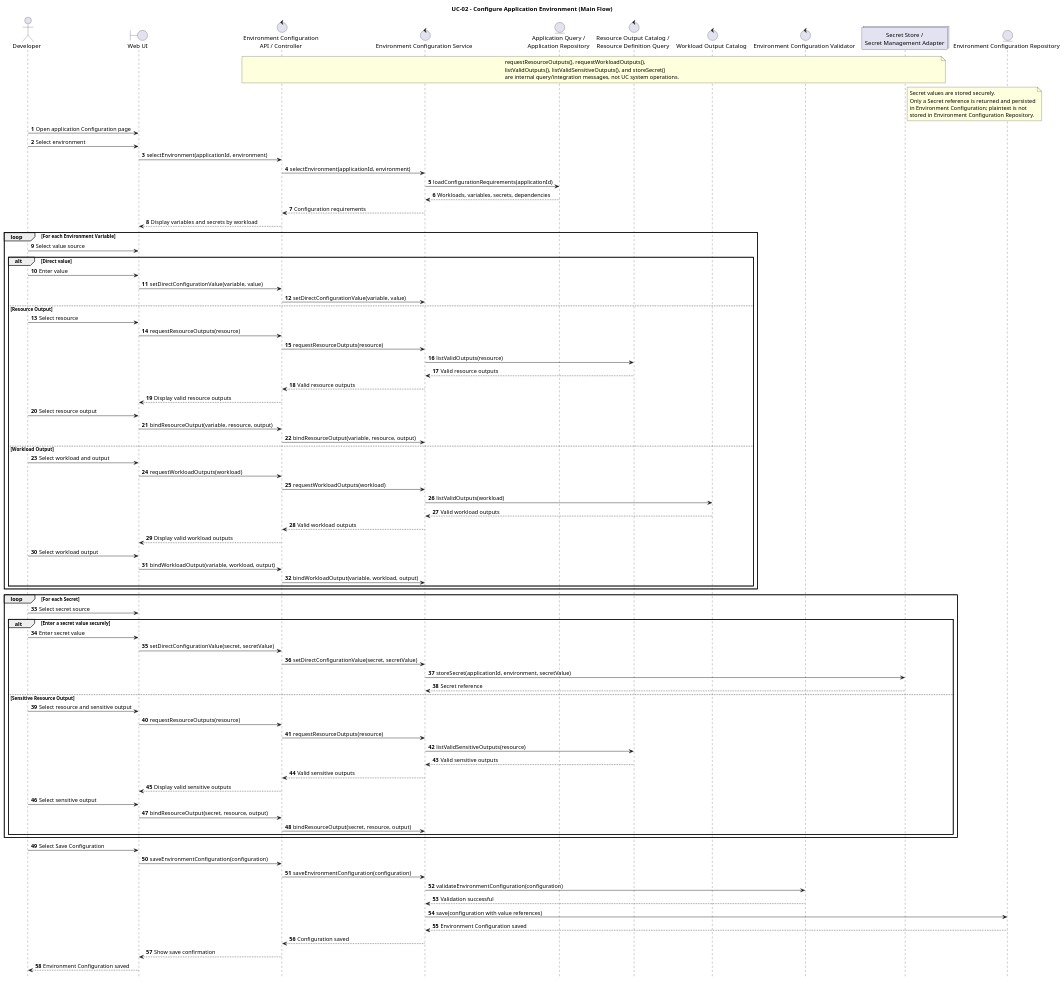
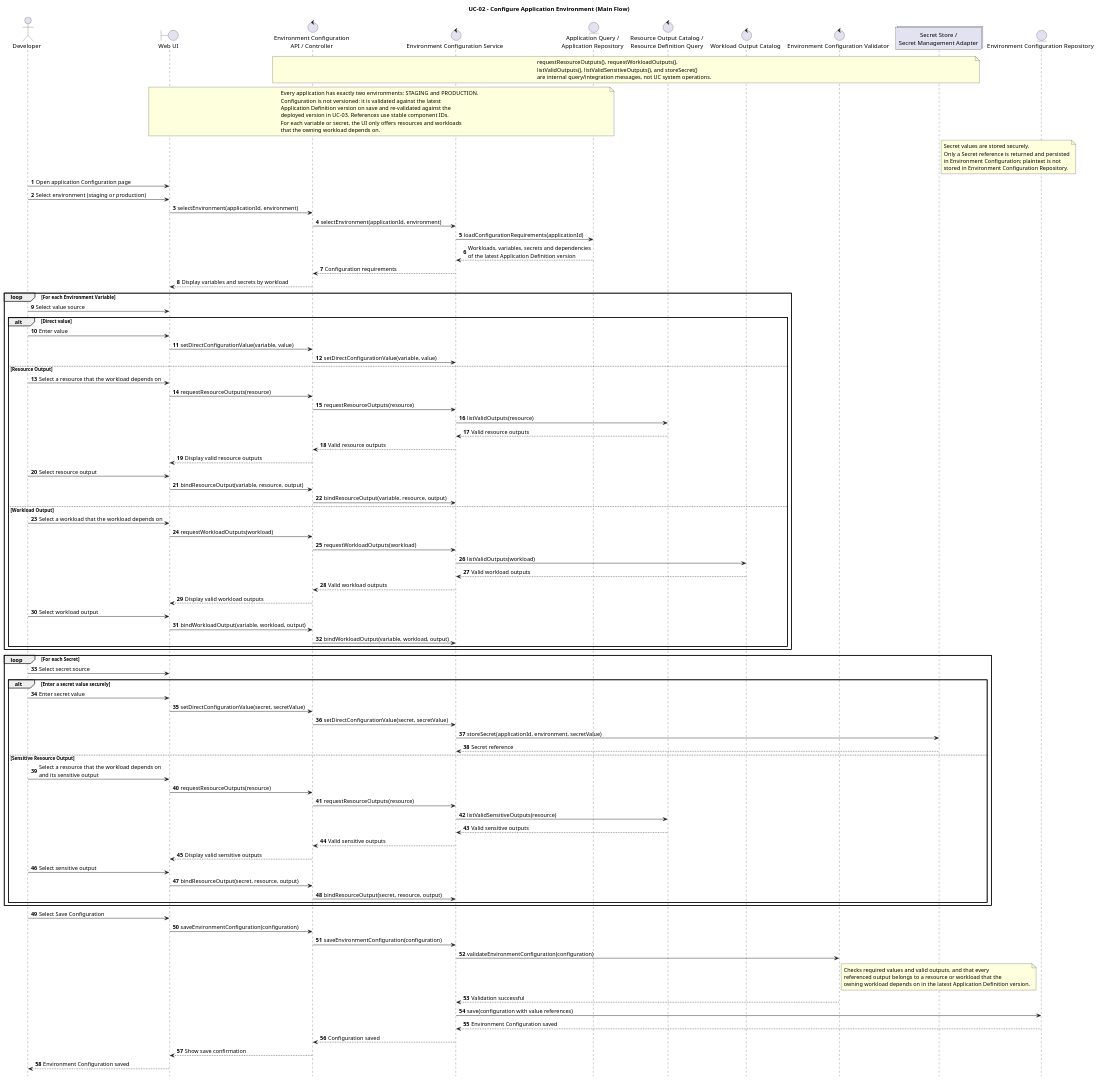
Before and after one commit to pr3s3nt/final_idp: the diagram in sequence_digrams/uc_02_configure_application_environment.puml, drawn with PlantUML. The commit also changed 3 other files, not shown here.

First line of the commit message:
Sửa sequence diagram theo vấn đề 2, 3, 5, 10

```diff
--- a/sequence_digrams/uc_02_configure_application_environment.puml
+++ b/sequence_digrams/uc_02_configure_application_environment.puml
@@ -1,104 +1,118 @@
 @startuml
 title UC-02 - Configure Application Environment (Main Flow)
 
 autonumber
 hide footbox
 
 actor Developer
 boundary "Web UI" as UI
 control "Environment Configuration\nAPI / Controller" as API
 control "Environment Configuration Service" as Service
 entity "Application Query /\nApplication Repository" as AppRepo
 control "Resource Output Catalog /\nResource Definition Query" as ResourceCatalog
 control "Workload Output Catalog" as WorkloadCatalog
 control "Environment Configuration Validator" as Validator
 collections "Secret Store /\nSecret Management Adapter" as SecretStore
 entity "Environment Configuration Repository" as ConfigRepo
 
 note over API, SecretStore
   requestResourceOutputs(), requestWorkloadOutputs(),
   listValidOutputs(), listValidSensitiveOutputs(), and storeSecret()
   are internal query/integration messages, not UC system operations.
 end note
 
+note over UI, AppRepo
+  Every application has exactly two environments: STAGING and PRODUCTION.
+  Configuration is not versioned: it is validated against the latest
+  Application Definition version on save and re-validated against the
+  deployed version in UC-03. References use stable component IDs.
+  For each variable or secret, the UI only offers resources and workloads
+  that the owning workload depends on.
+end note
+
 note right of SecretStore
   Secret values are stored securely.
   Only a Secret reference is returned and persisted
   in Environment Configuration; plaintext is not
   stored in Environment Configuration Repository.
 end note
 
 Developer -> UI: Open application Configuration page
-Developer -> UI: Select environment
+Developer -> UI: Select environment (staging or production)
 UI -> API: selectEnvironment(applicationId, environment)
 API -> Service: selectEnvironment(applicationId, environment)
 Service -> AppRepo: loadConfigurationRequirements(applicationId)
-AppRepo --> Service: Workloads, variables, secrets, dependencies
+AppRepo --> Service: Workloads, variables, secrets and dependencies\nof the latest Application Definition version
 Service --> API: Configuration requirements
 API --> UI: Display variables and secrets by workload
 
 loop For each Environment Variable
     Developer -> UI: Select value source
     alt Direct value
         Developer -> UI: Enter value
         UI -> API: setDirectConfigurationValue(variable, value)
         API -> Service: setDirectConfigurationValue(variable, value)
     else Resource Output
-        Developer -> UI: Select resource
+        Developer -> UI: Select a resource that the workload depends on
         UI -> API: requestResourceOutputs(resource)
         API -> Service: requestResourceOutputs(resource)
         Service -> ResourceCatalog: listValidOutputs(resource)
         ResourceCatalog --> Service: Valid resource outputs
         Service --> API: Valid resource outputs
         API --> UI: Display valid resource outputs
         Developer -> UI: Select resource output
         UI -> API: bindResourceOutput(variable, resource, output)
         API -> Service: bindResourceOutput(variable, resource, output)
     else Workload Output
-        Developer -> UI: Select workload and output
+        Developer -> UI: Select a workload that the workload depends on
         UI -> API: requestWorkloadOutputs(workload)
         API -> Service: requestWorkloadOutputs(workload)
         Service -> WorkloadCatalog: listValidOutputs(workload)
         WorkloadCatalog --> Service: Valid workload outputs
         Service --> API: Valid workload outputs
         API --> UI: Display valid workload outputs
         Developer -> UI: Select workload output
         UI -> API: bindWorkloadOutput(variable, workload, output)
         API -> Service: bindWorkloadOutput(variable, workload, output)
     end
 end
 
 loop For each Secret
     Developer -> UI: Select secret source
     alt Enter a secret value securely
         Developer -> UI: Enter secret value
         UI -> API: setDirectConfigurationValue(secret, secretValue)
         API -> Service: setDirectConfigurationValue(secret, secretValue)
         Service -> SecretStore: storeSecret(applicationId, environment, secretValue)
         SecretStore --> Service: Secret reference
     else Sensitive Resource Output
-        Developer -> UI: Select resource and sensitive output
+        Developer -> UI: Select a resource that the workload depends on\nand its sensitive output
         UI -> API: requestResourceOutputs(resource)
         API -> Service: requestResourceOutputs(resource)
         Service -> ResourceCatalog: listValidSensitiveOutputs(resource)
         ResourceCatalog --> Service: Valid sensitive outputs
         Service --> API: Valid sensitive outputs
         API --> UI: Display valid sensitive outputs
         Developer -> UI: Select sensitive output
         UI -> API: bindResourceOutput(secret, resource, output)
         API -> Service: bindResourceOutput(secret, resource, output)
     end
 end
 
 Developer -> UI: Select Save Configuration
 UI -> API: saveEnvironmentConfiguration(configuration)
 API -> Service: saveEnvironmentConfiguration(configuration)
 Service -> Validator: validateEnvironmentConfiguration(configuration)
+note right of Validator
+  Checks required values and valid outputs, and that every
+  referenced output belongs to a resource or workload that the
+  owning workload depends on in the latest Application Definition version.
+end note
 Validator --> Service: Validation successful
 Service -> ConfigRepo: save(configuration with value references)
 ConfigRepo --> Service: Environment Configuration saved
 Service --> API: Configuration saved
 API --> UI: Show save confirmation
 UI --> Developer: Environment Configuration saved
 
 @enduml
```
